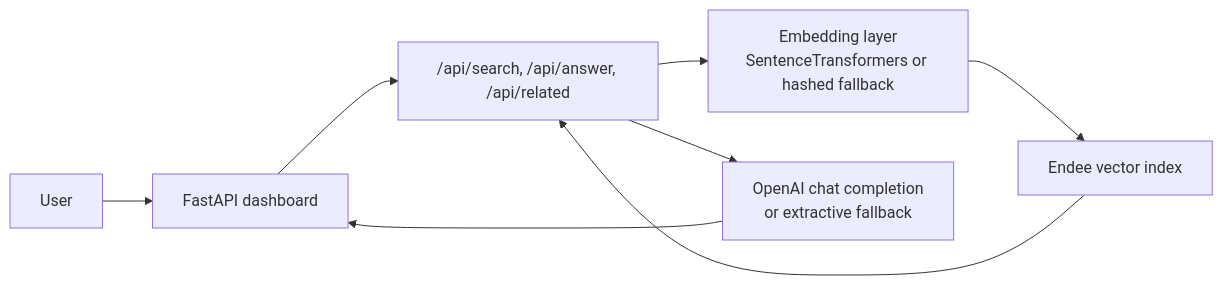
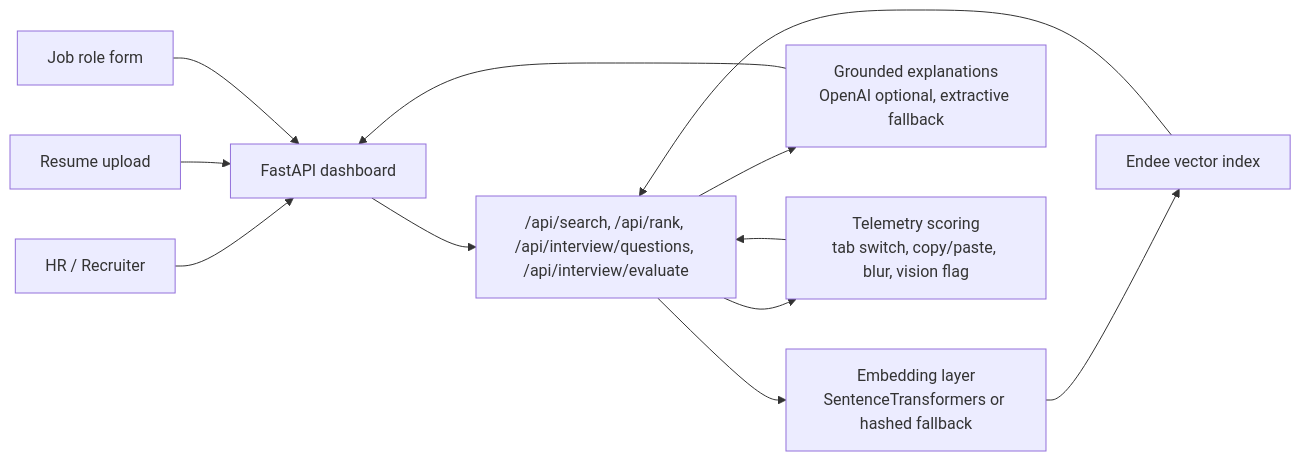
The diagram in README.md (Ponabinanth/endee), drawn with Mermaid before and after one commit. The commit also changed other lines of this file and 19 other files, not shown here.

````diff
--- a/README.md
+++ b/README.md
@@ -17,10 +26,14 @@
 ```mermaid
 flowchart LR
-  U[User] --> UI["FastAPI dashboard"]
-  UI --> API["/api/search, /api/answer, /api/related"]
+  HR["HR / Recruiter"] --> UI["FastAPI dashboard"]
+  Cand["Resume upload"] --> UI
+  Role["Job role form"] --> UI
+  UI --> API["/api/search, /api/rank, /api/interview/questions, /api/interview/evaluate"]
   API --> EMB["Embedding layer<br/>SentenceTransformers or hashed fallback"]
   EMB --> END["Endee vector index"]
-  API --> LLM["OpenAI chat completion<br/>or extractive fallback"]
+  API --> RAG["Grounded explanations<br/>OpenAI optional, extractive fallback"]
+  API --> FRAUD["Telemetry scoring<br/>tab switch, copy/paste, blur, vision flag"]
   END --> API
-  LLM --> UI
+  RAG --> UI
+  FRAUD --> API
 ```
````
